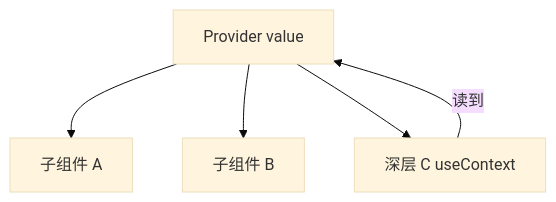
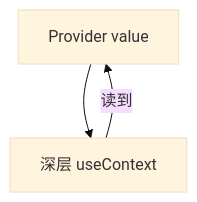
One commit to YancyZ/Knowledge-base changed the diagram in 前端框架篇/React/05-Hooks体系/04-useContext与跨层通信.md. Above: the diagram before and after it, drawn with Mermaid (base theme). The commit also changed other lines of this file and 224 other files, not shown here.

````diff
--- a/前端框架篇/React/05-Hooks体系/04-useContext与跨层通信.md
+++ b/前端框架篇/React/05-Hooks体系/04-useContext与跨层通信.md
@@ -33,8 +31,6 @@
 ```mermaid
 flowchart TB
   P[Provider value]
-  P --> A[子组件 A]
-  P --> B[子组件 B]
-  P --> C[深层 C useContext]
+  P --> C[深层 useContext]
   C -->|读到| P
 ```
````
